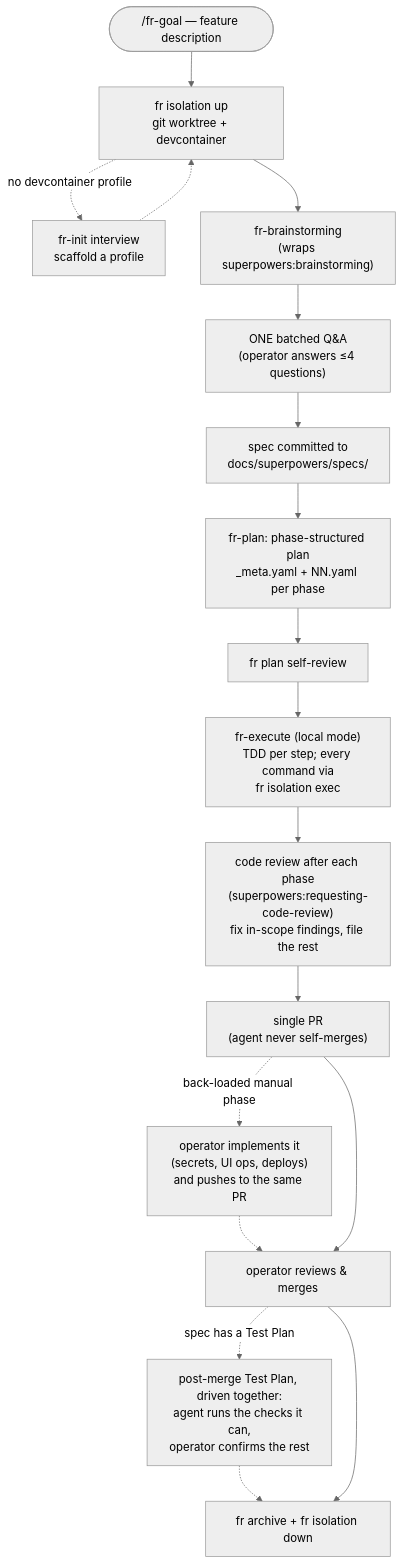
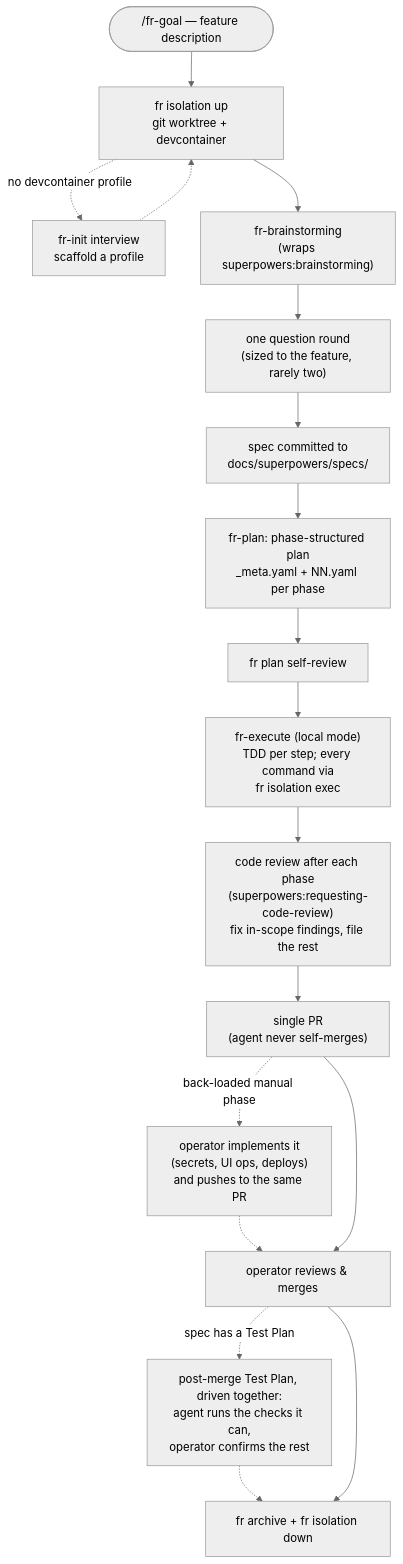
Before and after one commit to derio-net/super-fr: the first of 2 diagrams in README.md, drawn with Mermaid (neutral theme). The commit also changed other lines of this file and 44 other files, not shown here.

First line of the commit message:
fr-goal: brainstorm questions sized to the feature, with an optional announced second round (#689)

````diff
--- a/README.md
+++ b/README.md
@@ -113,17 +114,17 @@
 ```mermaid
 flowchart TD
     Goal(["/fr-goal — feature description"]) --> Iso["fr isolation up<br/>git worktree + devcontainer"]
     Iso -. no devcontainer profile .-> Init["fr-init interview<br/>scaffold a profile"] -.-> Iso
     Iso --> BS["fr-brainstorming<br/>(wraps superpowers:brainstorming)"]
-    BS --> QA["ONE batched Q&A<br/>(operator answers ≤4 questions)"]
+    BS --> QA["one question round<br/>(sized to the feature, rarely two)"]
     QA --> Spec["spec committed to<br/>docs/superpowers/specs/"]
     Spec --> Plan["fr-plan: phase-structured plan<br/>_meta.yaml + NN.yaml per phase"]
     Plan --> SR["fr plan self-review"]
     SR --> Exec["fr-execute (local mode)<br/>TDD per step; every command via<br/>fr isolation exec"]
     Exec --> Review["code review after each phase<br/>(superpowers:requesting-code-review)<br/>fix in-scope findings, file the rest"]
     Review --> PR["single PR<br/>(agent never self-merges)"]
     PR -. back-loaded manual phase .-> Manual["operator implements it<br/>(secrets, UI ops, deploys)<br/>and pushes to the same PR"] -.-> Merge
     PR --> Merge["operator reviews & merges"]
     Merge -. spec has a Test Plan .-> TP["post-merge Test Plan, driven together:<br/>agent runs the checks it can,<br/>operator confirms the rest"] -.-> Close
     Merge --> Close["fr archive + fr isolation down"]
 ```
````
